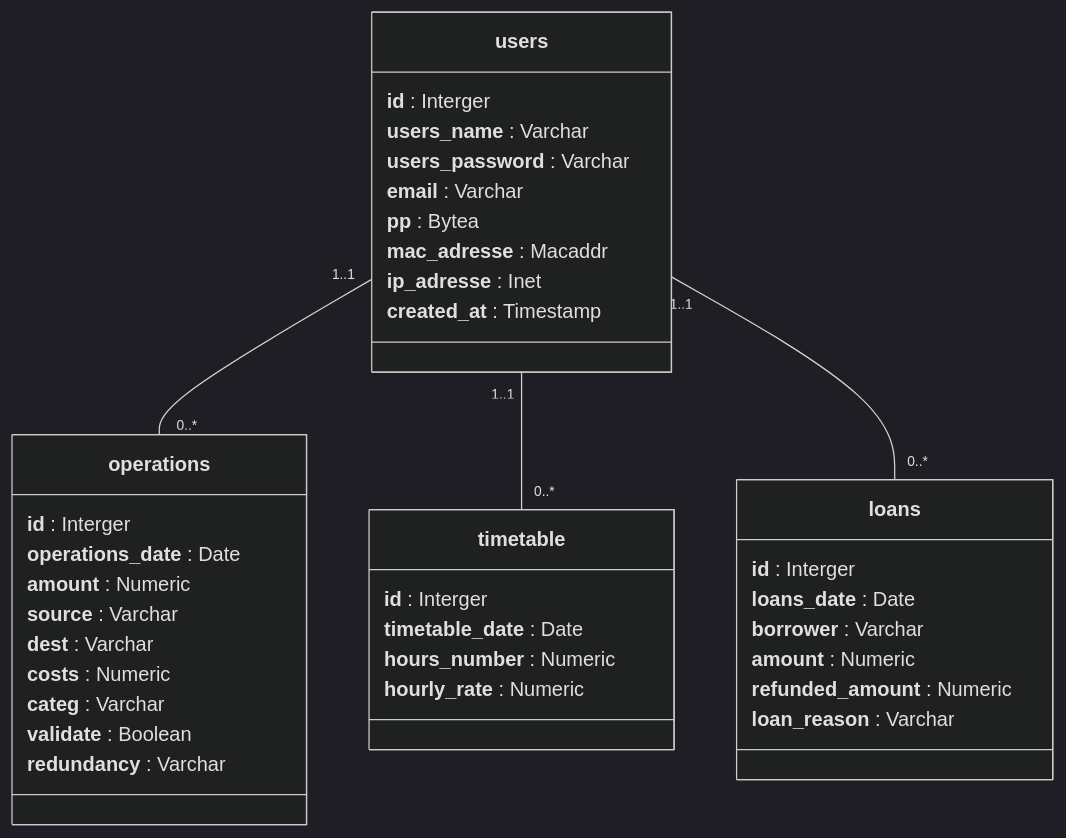
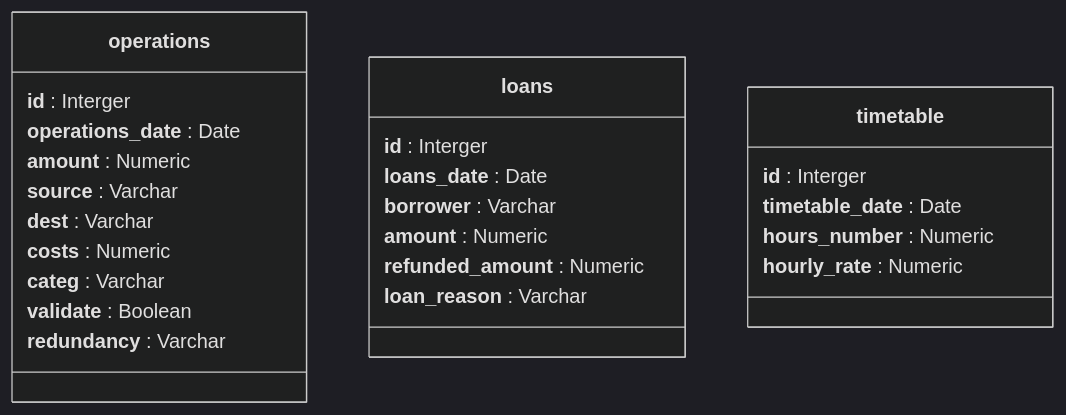
One commit to FloRobart/Econoris_server changed the second of 2 diagrams in README.md. Above: the diagram before and after it, drawn with Mermaid (dark theme). The commit also changed other lines of this file, not shown here.

````diff
--- a/README.md
+++ b/README.md
@@ -67,47 +67,32 @@
 ```mermaid
 classDiagram
   direction TB
-
-  class users{
-    **id** : Interger
-    **users_name** : Varchar
-    **users_password** : Varchar
-    **email** : Varchar
-    **pp** : Bytea
-    **mac_adresse** : Macaddr
-    **ip_adresse** : Inet
-    **created_at** : Timestamp
-  }
 
   class operations{
     **id** : Interger
     **operations_date** : Date
     **amount** : Numeric
     **source** : Varchar
     **dest** : Varchar
     **costs** : Numeric
     **categ** : Varchar
     **validate** : Boolean
     **redundancy** : Varchar
   }
 
   class loans {
     **id** : Interger
     **loans_date** : Date
     **borrower** : Varchar
     **amount** : Numeric
     **refunded_amount** : Numeric
     **loan_reason** : Varchar
   }
 
   class timetable{
     **id** : Interger
     **timetable_date** : Date
     **hours_number** : Numeric
     **hourly_rate** : Numeric
   }
-
-  users "1..1" -- "0..*" operations
-  users "1..1" -- "0..*" timetable
-  users "1..1" -- "0..*" loans
 ```
````
